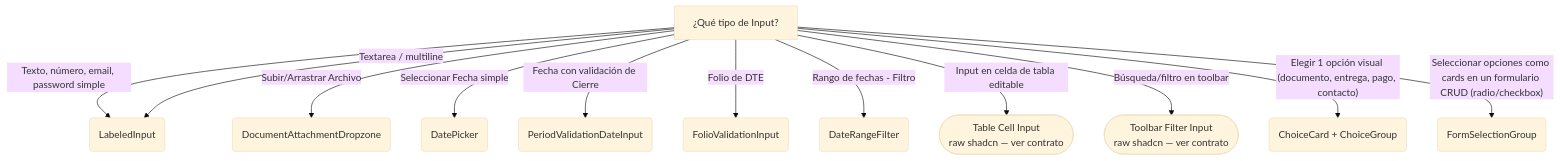
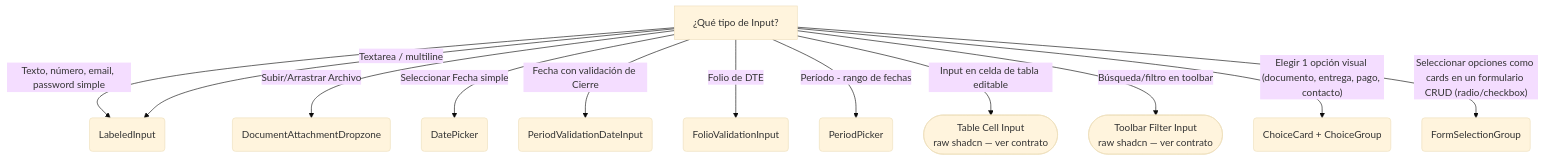
Before and after one commit to Patricoaa/ERPGrafico: the fifth of 6 diagrams in docs/20-contracts/component-decision-tree.md, drawn with Mermaid (base theme). The commit also changed 19 other files, not shown here.

First line of the commit message:
feat(shared): ADR-0160 — PeriodPicker y ReportToolbar como barra de comandos

````diff
--- a/docs/20-contracts/component-decision-tree.md
+++ b/docs/20-contracts/component-decision-tree.md
@@ -114,15 +114,15 @@
 ```mermaid
 graph TD
     A["¿Qué tipo de Input?"]
     A -->|Texto, número, email, password simple| B(LabeledInput)
     A -->|Textarea / multiline| B
     A -->|Subir/Arrastrar Archivo| C(DocumentAttachmentDropzone)
     A -->|Seleccionar Fecha simple| D(DatePicker)
     A -->|Fecha con validación de Cierre| E(PeriodValidationDateInput)
     A -->|Folio de DTE| F(FolioValidationInput)
-    A -->|Rango de fechas - Filtro| G(DateRangeFilter)
+    A -->|Período - rango de fechas| G(PeriodPicker)
     A -->|"Input en celda de tabla editable"| H(["Table Cell Input \n raw shadcn — ver contrato"])
     A -->|"Búsqueda/filtro en toolbar"| I(["Toolbar Filter Input \n raw shadcn — ver contrato"])
     A -->|"Elegir 1 opción visual (documento, entrega, pago, contacto)"| J(ChoiceCard + ChoiceGroup)
     A -->|"Seleccionar opciones como cards en un formulario CRUD (radio/checkbox)"| K(FormSelectionGroup)
 ```
````
